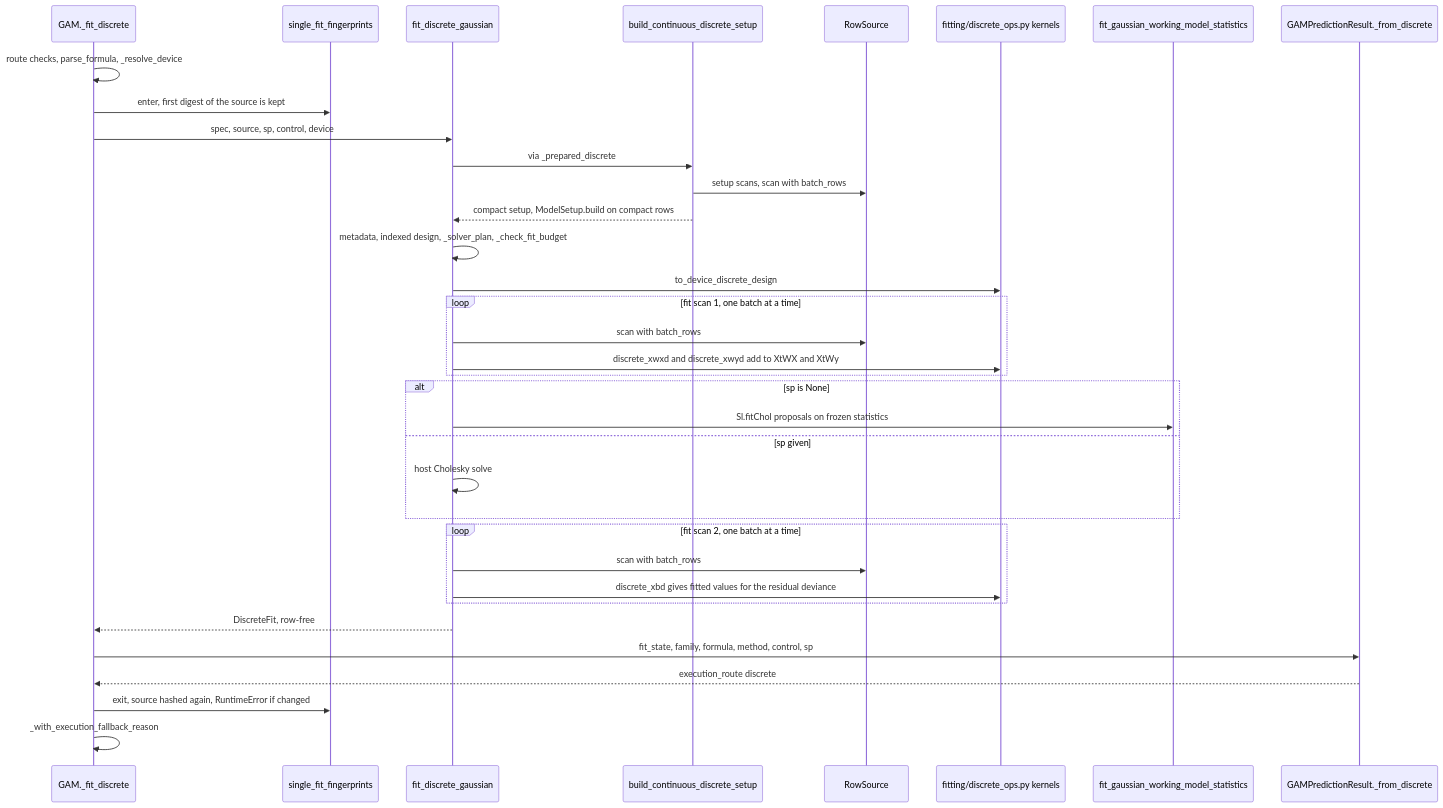
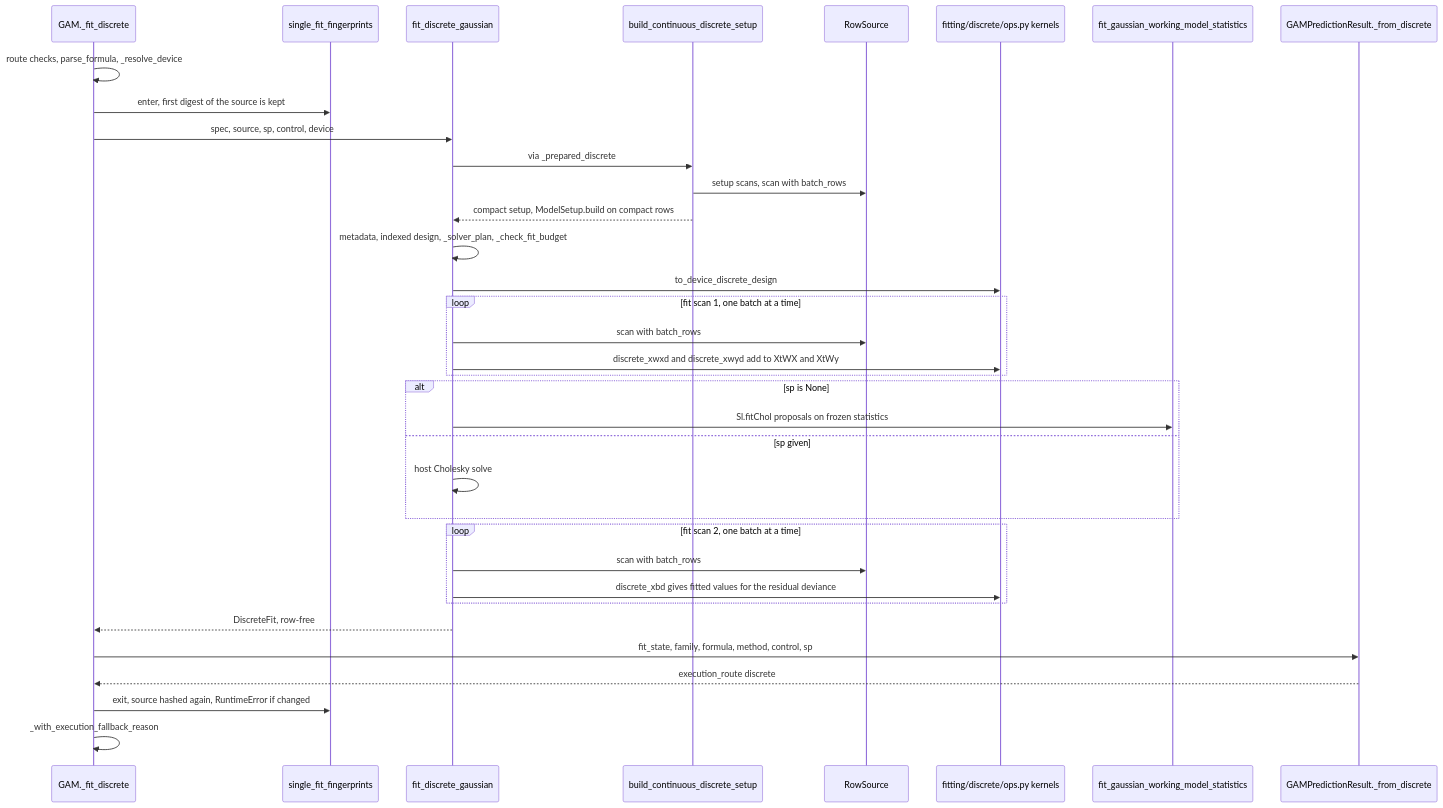
The fourth of 5 diagrams in docs/architecture/fit_lifecycle.md (scatt67/jaxgam), drawn with Mermaid before and after one commit. The commit also changed other lines of this file and 217 other files, not shown here.

````diff
--- a/docs/architecture/fit_lifecycle.md
+++ b/docs/architecture/fit_lifecycle.md
@@ -323,37 +323,37 @@
 ```mermaid
 sequenceDiagram
     participant GAM as GAM._fit_discrete
     participant single_fit_fingerprints as single_fit_fingerprints
     participant fit_discrete_gaussian as fit_discrete_gaussian
     participant build_continuous_discrete_setup as build_continuous_discrete_setup
     participant RowSource as RowSource
-    participant discrete_ops as fitting/discrete_ops.py kernels
+    participant discrete_ops as fitting/discrete/ops.py kernels
     participant fit_gaussian_working_model_statistics as fit_gaussian_working_model_statistics
     participant GAMPredictionResult as GAMPredictionResult._from_discrete
     GAM->>GAM: route checks, parse_formula, _resolve_device
     GAM->>single_fit_fingerprints: enter, first digest of the source is kept
     GAM->>fit_discrete_gaussian: spec, source, sp, control, device
     fit_discrete_gaussian->>build_continuous_discrete_setup: via _prepared_discrete
     build_continuous_discrete_setup->>RowSource: setup scans, scan with batch_rows
     build_continuous_discrete_setup-->>fit_discrete_gaussian: compact setup, ModelSetup.build on compact rows
     fit_discrete_gaussian->>fit_discrete_gaussian: metadata, indexed design, _solver_plan, _check_fit_budget
     fit_discrete_gaussian->>discrete_ops: to_device_discrete_design
     loop fit scan 1, one batch at a time
         fit_discrete_gaussian->>RowSource: scan with batch_rows
         fit_discrete_gaussian->>discrete_ops: discrete_xwxd and discrete_xwyd add to XtWX and XtWy
     end
     alt sp is None
         fit_discrete_gaussian->>fit_gaussian_working_model_statistics: Sl.fitChol proposals on frozen statistics
     else sp given
         fit_discrete_gaussian->>fit_discrete_gaussian: host Cholesky solve
     end
     loop fit scan 2, one batch at a time
         fit_discrete_gaussian->>RowSource: scan with batch_rows
         fit_discrete_gaussian->>discrete_ops: discrete_xbd gives fitted values for the residual deviance
     end
     fit_discrete_gaussian-->>GAM: DiscreteFit, row-free
     GAM->>GAMPredictionResult: fit_state, family, formula, method, control, sp
     GAMPredictionResult-->>GAM: execution_route discrete
     GAM->>single_fit_fingerprints: exit, source hashed again, RuntimeError if changed
     GAM->>GAM: _with_execution_fallback_reason
 ```
````
